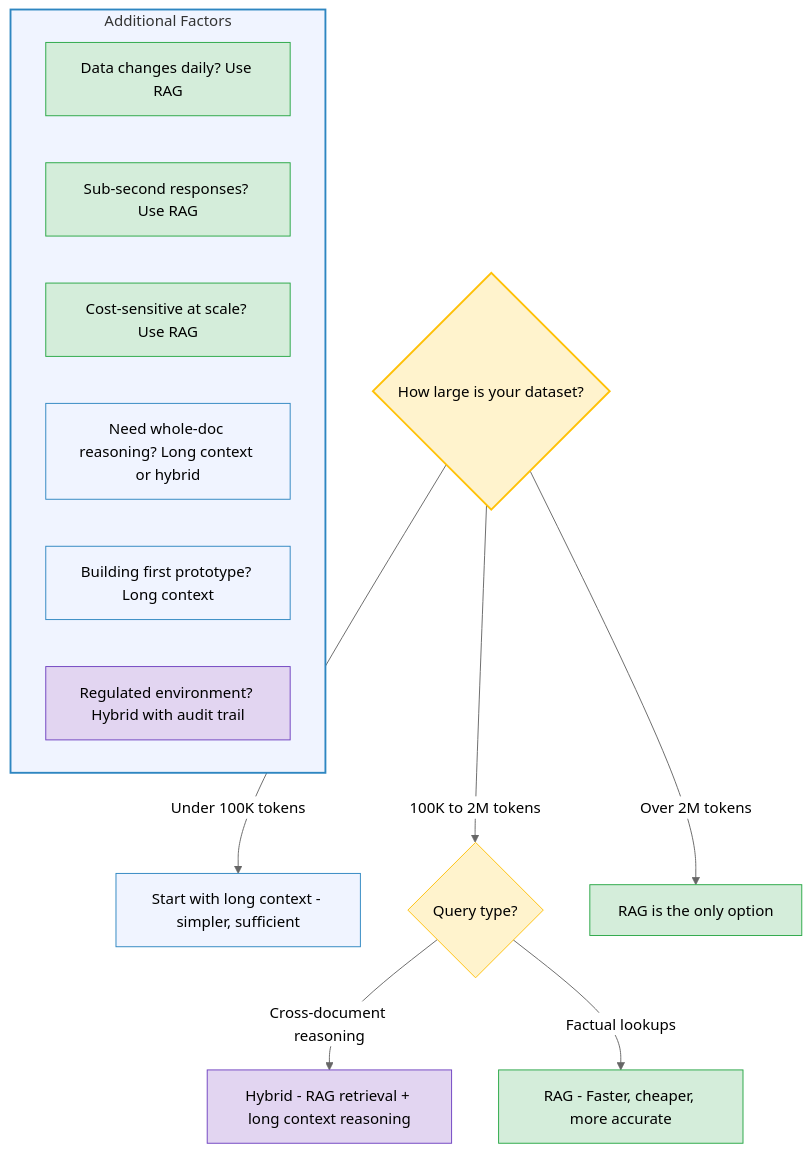
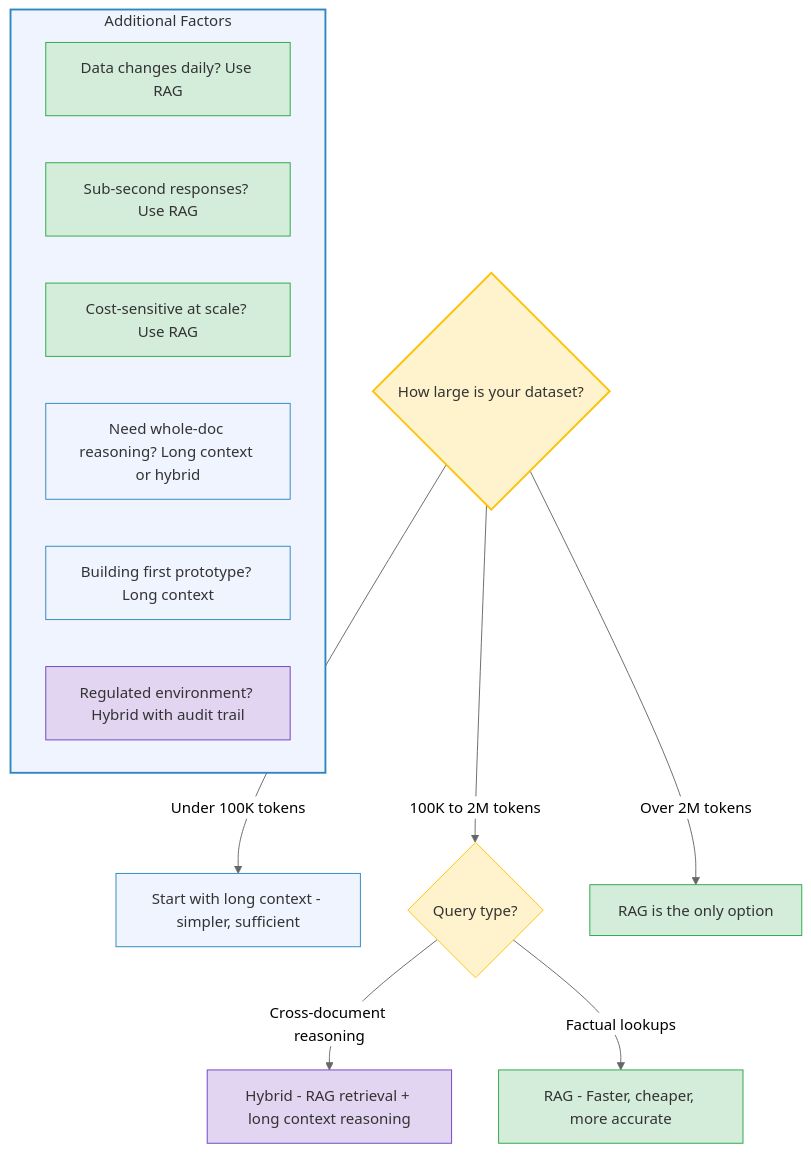
One commit to ithinktavo/GenAI-Engineering-Handbook changed the fifth of 5 diagrams in docs/05-rag-vs-long-context.md. Above: the diagram before and after it, drawn with Mermaid (neutral theme). The commit also changed other lines of this file and 9 other files, not shown here.

Commit message:
Fix Mermaid diagram text contrast: add color:#333 for readable dark text on colored backgrounds

````diff
--- a/docs/05-rag-vs-long-context.md
+++ b/docs/05-rag-vs-long-context.md
@@ -211,35 +211,35 @@
 ```mermaid
 graph TD
     Q1{"How large is your dataset?"}
 
     Q1 -->|"Under 100K tokens"| A1["Start with long context - simpler, sufficient"]
 
     Q1 -->|"100K to 2M tokens"| Q2{"Query type?"}
     Q2 -->|"Cross-document reasoning"| A2["Hybrid - RAG retrieval + long context reasoning"]
     Q2 -->|"Factual lookups"| A3["RAG - Faster, cheaper, more accurate"]
 
     Q1 -->|"Over 2M tokens"| A4["RAG is the only option"]
 
     subgraph FACTORS["Additional Factors"]
         F1["Data changes daily? Use RAG"]
         F2["Sub-second responses? Use RAG"]
         F3["Cost-sensitive at scale? Use RAG"]
         F4["Need whole-doc reasoning? Long context or hybrid"]
         F5["Building first prototype? Long context"]
         F6["Regulated environment? Hybrid with audit trail"]
     end
 
-    style Q1 fill:#fff3cd,stroke:#ffc107,stroke-width:2px
-    style Q2 fill:#fff3cd,stroke:#ffc107
-    style A1 fill:#f0f4ff,stroke:#2E86C1
-    style A2 fill:#e2d5f1,stroke:#6f42c1
-    style A3 fill:#d4edda,stroke:#28a745
-    style A4 fill:#d4edda,stroke:#28a745
-    style FACTORS fill:#f0f4ff,stroke:#2E86C1,stroke-width:2px
-    style F1 fill:#d4edda,stroke:#28a745
-    style F2 fill:#d4edda,stroke:#28a745
-    style F3 fill:#d4edda,stroke:#28a745
-    style F4 fill:#f0f4ff,stroke:#2E86C1
-    style F5 fill:#f0f4ff,stroke:#2E86C1
-    style F6 fill:#e2d5f1,stroke:#6f42c1
+    style Q1 fill:#fff3cd,stroke:#ffc107,stroke-width:2px,color:#333
+    style Q2 fill:#fff3cd,stroke:#ffc107,color:#333
+    style A1 fill:#f0f4ff,stroke:#2E86C1,color:#333
+    style A2 fill:#e2d5f1,stroke:#6f42c1,color:#333
+    style A3 fill:#d4edda,stroke:#28a745,color:#333
+    style A4 fill:#d4edda,stroke:#28a745,color:#333
+    style FACTORS fill:#f0f4ff,stroke:#2E86C1,stroke-width:2px,color:#333
+    style F1 fill:#d4edda,stroke:#28a745,color:#333
+    style F2 fill:#d4edda,stroke:#28a745,color:#333
+    style F3 fill:#d4edda,stroke:#28a745,color:#333
+    style F4 fill:#f0f4ff,stroke:#2E86C1,color:#333
+    style F5 fill:#f0f4ff,stroke:#2E86C1,color:#333
+    style F6 fill:#e2d5f1,stroke:#6f42c1,color:#333
 ```
````
